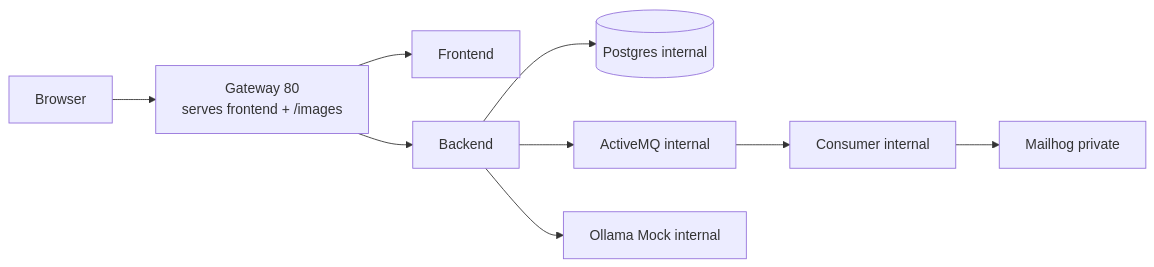
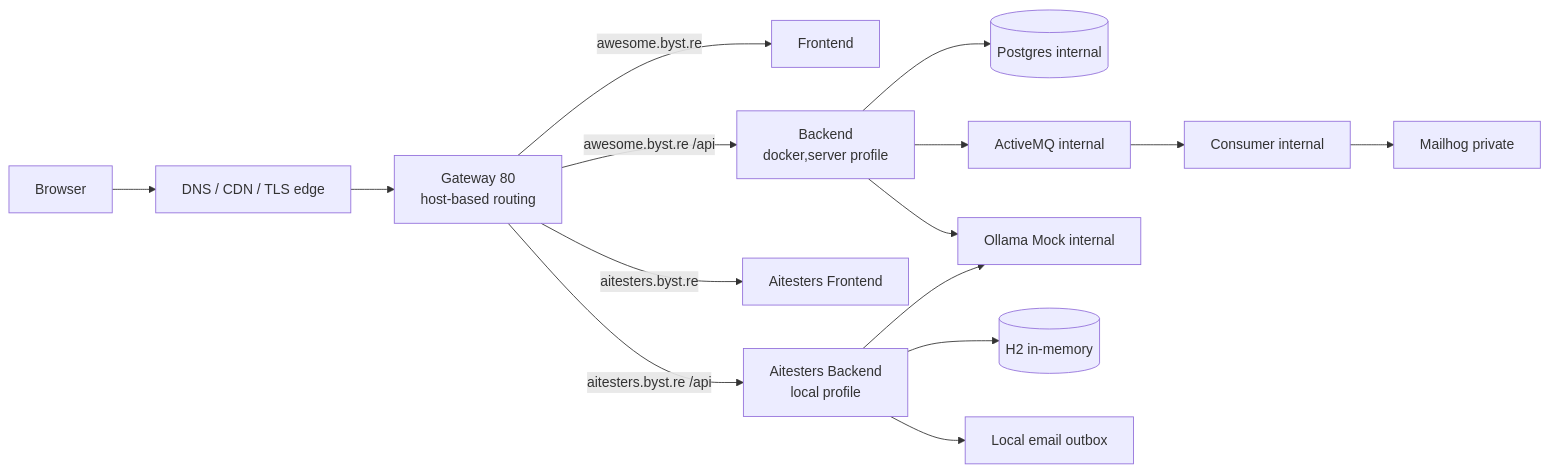
The third of 3 diagrams in docs/PROFILE_URLS.md (slawekradzyminski/awesome-localstack), drawn with Mermaid before and after one commit. The commit also changed other lines of this file and 11 other files, not shown here.

Commit message:
aitesters.byst.re

````diff
--- a/docs/PROFILE_URLS.md
+++ b/docs/PROFILE_URLS.md
@@ -66,11 +66,19 @@
 ```mermaid
 flowchart LR
-    U[Browser] --> G[Gateway 80<br/>serves frontend + /images]
-    G --> F[Frontend]
-    G --> B[Backend]
+    U[Browser] --> CF[DNS / CDN / TLS edge]
+    CF --> G[Gateway 80<br/>host-based routing]
+
+    G -->|awesome.byst.re| F[Frontend]
+    G -->|awesome.byst.re /api| B[Backend<br/>docker,server profile]
     B --> DB[(Postgres internal)]
     B --> MQ[ActiveMQ internal]
     MQ --> C[Consumer internal]
     C --> MH[Mailhog private]
     B --> O[Ollama Mock internal]
+
+    G -->|aitesters.byst.re| AF[Aitesters Frontend]
+    G -->|aitesters.byst.re /api| AB[Aitesters Backend<br/>local profile]
+    AB --> H2[(H2 in-memory)]
+    AB --> LO[Local email outbox]
+    AB --> O
 ```
````
